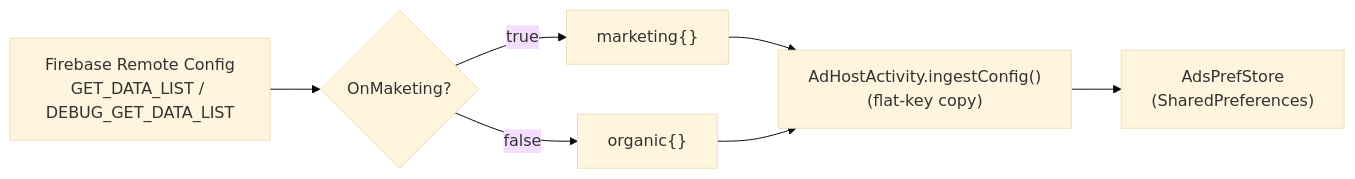
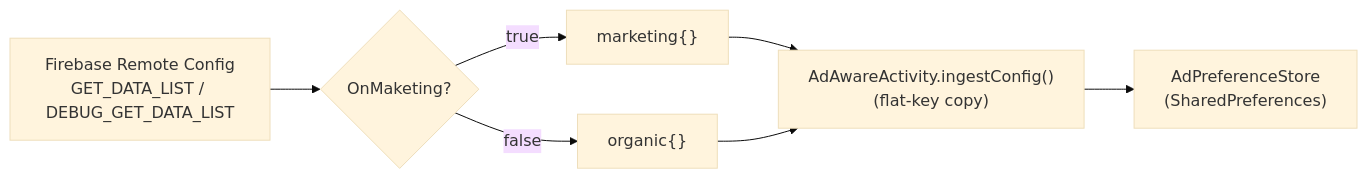
Before and after one commit to poojakpeworld00-hue/NumifyCallerId: the first of 2 diagrams in docs/ads-onboarding-remote-config.md, drawn with Mermaid (base theme). The commit also changed other lines of this file and 375 other files, not shown here.

````diff
--- a/docs/ads-onboarding-remote-config.md
+++ b/docs/ads-onboarding-remote-config.md
@@ -28,13 +28,13 @@
 ```mermaid
 flowchart LR
     RC["Firebase Remote Config<br/>GET_DATA_LIST / DEBUG_GET_DATA_LIST"]
     SEL{"OnMaketing?"}
     MKT["marketing{}"]
     ORG["organic{}"]
-    INGEST["AdHostActivity.ingestConfig()<br/>(flat-key copy)"]
-    PREFS["AdsPrefStore<br/>(SharedPreferences)"]
+    INGEST["AdAwareActivity.ingestConfig()<br/>(flat-key copy)"]
+    PREFS["AdPreferenceStore<br/>(SharedPreferences)"]
     RC --> SEL
     SEL -- true --> MKT --> INGEST
     SEL -- false --> ORG --> INGEST
     INGEST --> PREFS
 ```
````
